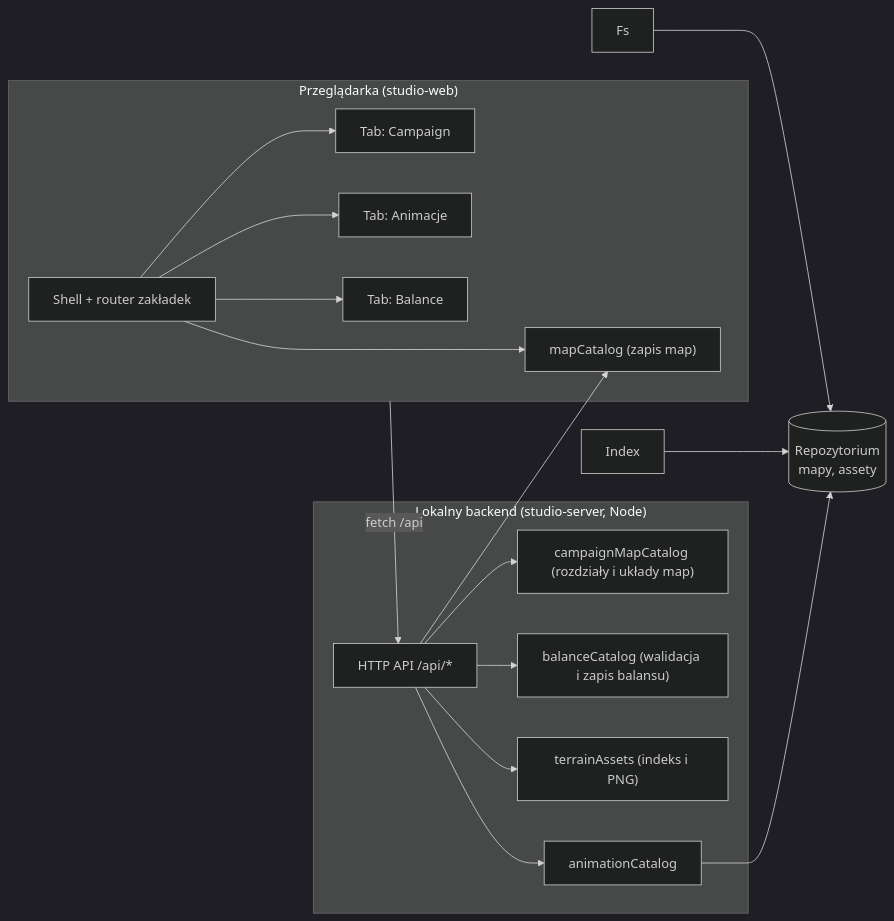
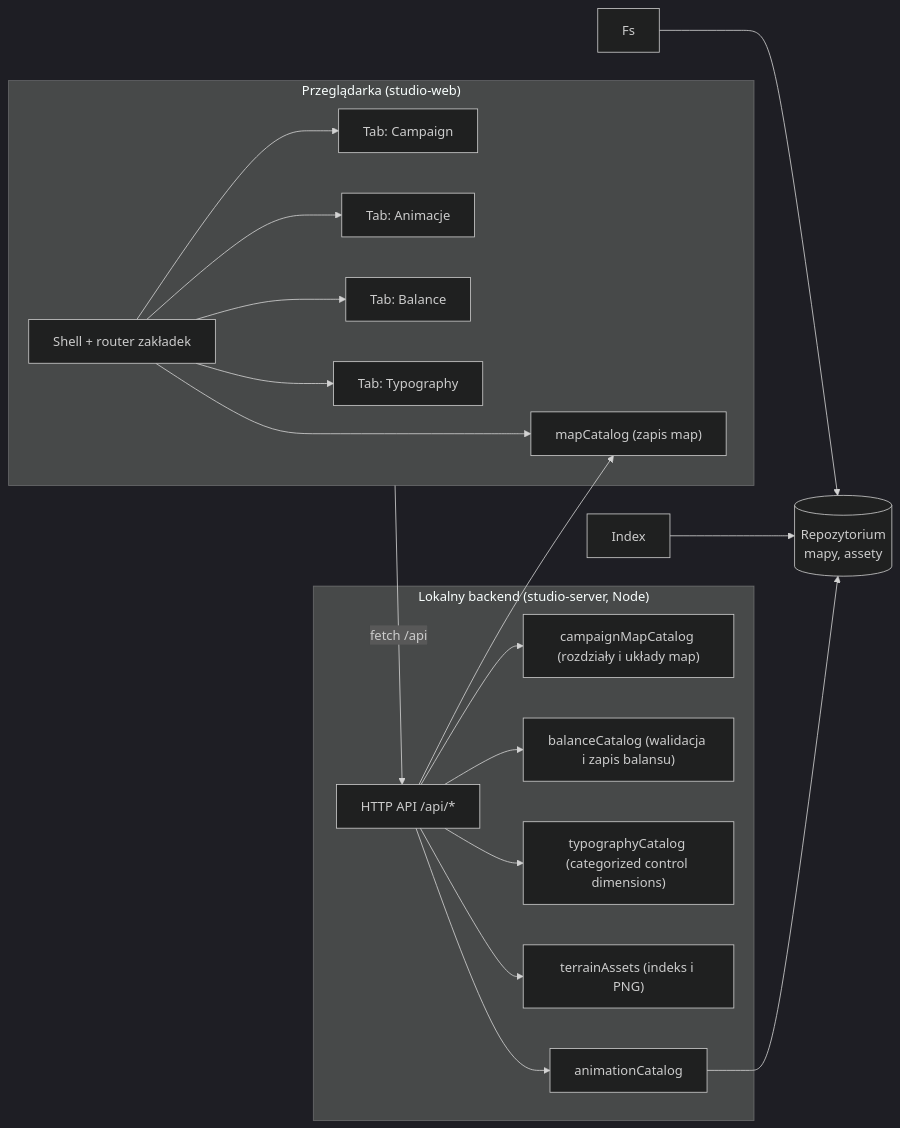
One commit to kokocinskimichal/urkaaz-catapult-chaos changed the diagram in docs/architecture/studio-architecture.md. Above: the diagram before and after it, drawn with Mermaid (dark theme). The commit also changed other lines of this file and 78 other files, not shown here.

````diff
--- a/docs/architecture/studio-architecture.md
+++ b/docs/architecture/studio-architecture.md
@@ -40,24 +42,26 @@
 ```mermaid
 flowchart LR
   subgraph Browser["Przeglądarka (studio-web)"]
     Shell["Shell + router zakładek"]
     Maps["Tab: Mapy"]
     Campaign["Tab: Campaign"]
     Viz["Tab: Animacje"]
     Balance["Tab: Balance"]
-    Shell --> Maps & Campaign & Viz & Balance
+    Typography["Tab: Typography"]
+    Shell --> Maps & Campaign & Viz & Balance & Typography
   end
   subgraph Local["Lokalny backend (studio-server, Node)"]
     Api["HTTP API /api/*"]
     Maps["mapCatalog (zapis map)"]
     CampaignCatalog["campaignMapCatalog (rozdziały i układy map)"]
     BalanceCatalog["balanceCatalog (walidacja i zapis balansu)"]
+    TypographyCatalog["typographyCatalog (categorized control dimensions)"]
     Assets["terrainAssets (indeks i PNG)"]
     Anim["animationCatalog"]
-    Api --> Maps & CampaignCatalog & BalanceCatalog & Assets & Anim
+    Api --> Maps & CampaignCatalog & BalanceCatalog & TypographyCatalog & Assets & Anim
   end
   Browser -- "fetch /api" --> Api
   Fs --> Repo[("Repozytorium\nmapy, assety")]
   Index --> Repo
   Anim --> Repo
 ```
````
